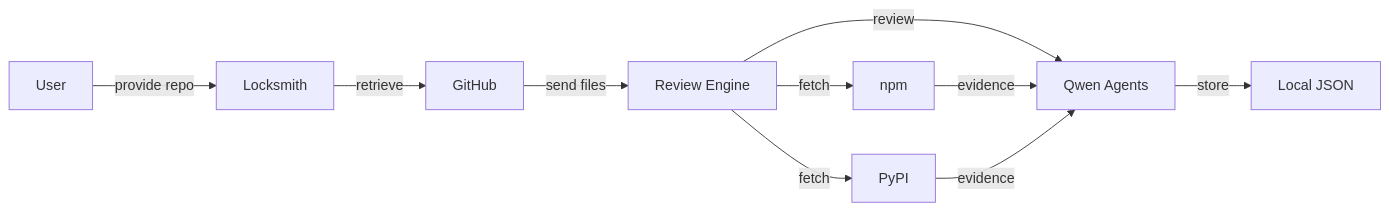
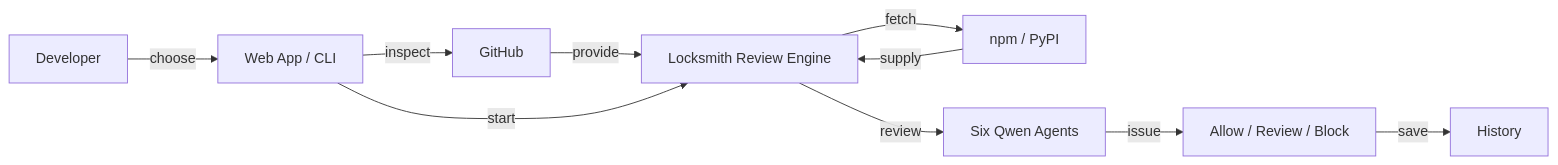
One commit to lapsapthong-16/qwenhack26 changed the diagram in README.md. Above: the diagram before and after it, drawn with Mermaid. The commit also changed other lines of this file and 4 other files, not shown here.

Commit message:
remove local fixture mocking from UI and add locksmith logic tests

````diff
--- a/README.md
+++ b/README.md
@@ -74,12 +41,12 @@
 ```mermaid
 flowchart LR
-  U[User] -->|provide repo| L[Locksmith]
-  L -->|retrieve| G[GitHub]
-  G -->|send files| E[Review Engine]
-  E -->|fetch| N[npm]
-  E -->|fetch| P[PyPI]
-  E -->|review| Q[Qwen Agents]
-  N -->|evidence| Q
-  P -->|evidence| Q
-  Q -->|store| S[Local JSON]
+  U[Developer] -->|choose| S[Web App / CLI]
+  S -->|inspect| G[GitHub]
+  G -->|provide| R[Locksmith Review Engine]
+  S -->|start| R
+  R -->|fetch| P[npm / PyPI]
+  P -->|supply| R
+  R -->|review| Q[Six Qwen Agents]
+  Q -->|issue| V[Allow / Review / Block]
+  V -->|save| H[History]
 ```
````
